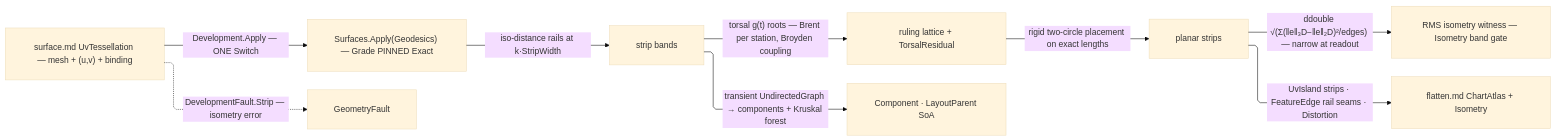
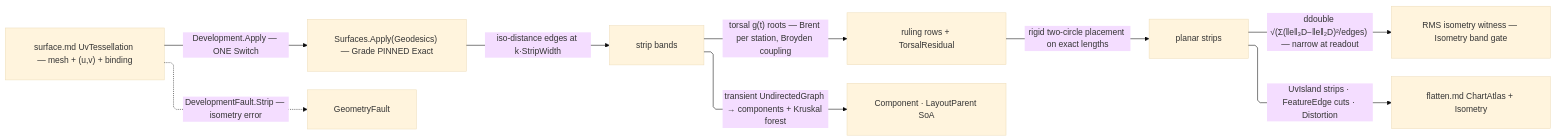
Before and after one commit to bsamiee/Rasm: the diagram in libs/dotnet/Rasm/.planning/Parametric/develop.md, drawn with Mermaid (base theme). The commit also changed other lines of this file and 1997 other files, not shown here.

First line of the commit message:
docs: rename rail to result and seam to boundary across the corpus

````diff
--- a/libs/dotnet/Rasm/.planning/Parametric/develop.md
+++ b/libs/dotnet/Rasm/.planning/Parametric/develop.md
@@ -149,20 +149,20 @@
 ```mermaid
 ---
 config:
   layout: elk
   flowchart:
     curve: linear
     padding: 25
 ---
 flowchart LR
     accTitle: Development strip pipeline
-    accDescr: Development.Apply decomposes exact geodesic rails into strips, roots torsal rulings, unrolls rigidly under the ddouble witness, and emits the strip atlas through the flatten seam.
-    UvT["surface.md UvTessellation — mesh + (u,v) + binding"] -->|"Development.Apply — ONE Switch"| Rails["Surfaces.Apply(Geodesics) — Grade PINNED Exact"]
-    Rails -->|"iso-distance rails at k·StripWidth"| Strips["strip bands"]
-    Strips -->|"torsal g(t) roots — Brent per station, Broyden coupling"| Rulings["ruling lattice + TorsalResidual"]
+    accDescr: Development.Apply decomposes exact geodesic edges into strips, roots torsal rulings, unrolls rigidly under the ddouble witness, and emits the strip atlas through the flatten carrier.
+    UvT["surface.md UvTessellation — mesh + (u,v) + binding"] -->|"Development.Apply — ONE Switch"| Edges["Surfaces.Apply(Geodesics) — Grade PINNED Exact"]
+    Edges -->|"iso-distance edges at k·StripWidth"| Strips["strip bands"]
+    Strips -->|"torsal g(t) roots — Brent per station, Broyden coupling"| Rulings["ruling rows + TorsalResidual"]
     Rulings -->|"rigid two-circle placement on exact lengths"| Unroll["planar strips"]
     Unroll -->|"ddouble √(Σ(‖e‖₃D−‖e‖₂D)²/edges) — narrow at readout"| Witness["RMS isometry witness — Isometry band gate"]
     Strips -->|"transient UndirectedGraph → components + Kruskal forest"| Layout["Component · LayoutParent SoA"]
-    Unroll -->|"UvIsland strips · FeatureEdge rail seams · Distortion"| AtlasOut["flatten.md ChartAtlas + Isometry"]
+    Unroll -->|"UvIsland strips · FeatureEdge cuts · Distortion"| AtlasOut["flatten.md ChartAtlas + Isometry"]
     UvT -.->|"DevelopmentFault.Strip — isometry error"| GeometryFault
 ```
````
